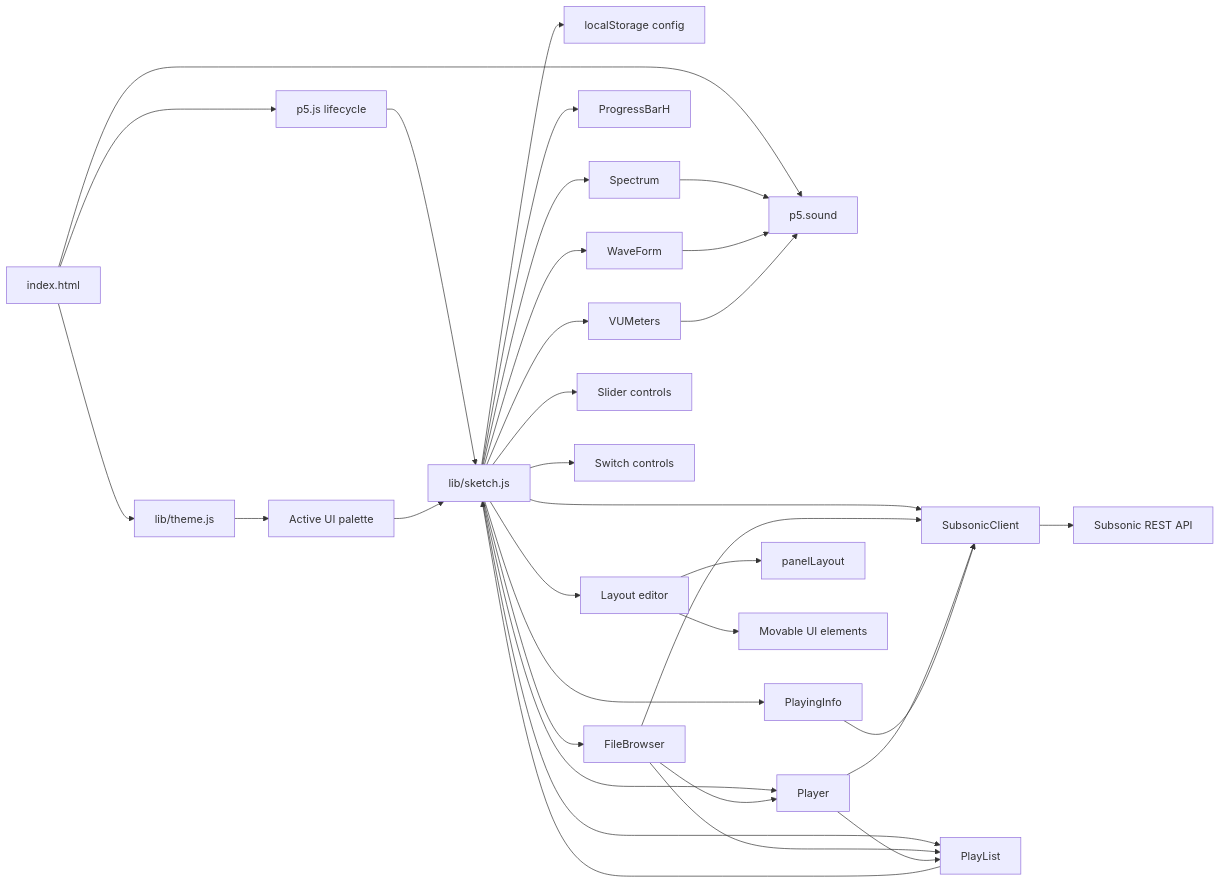
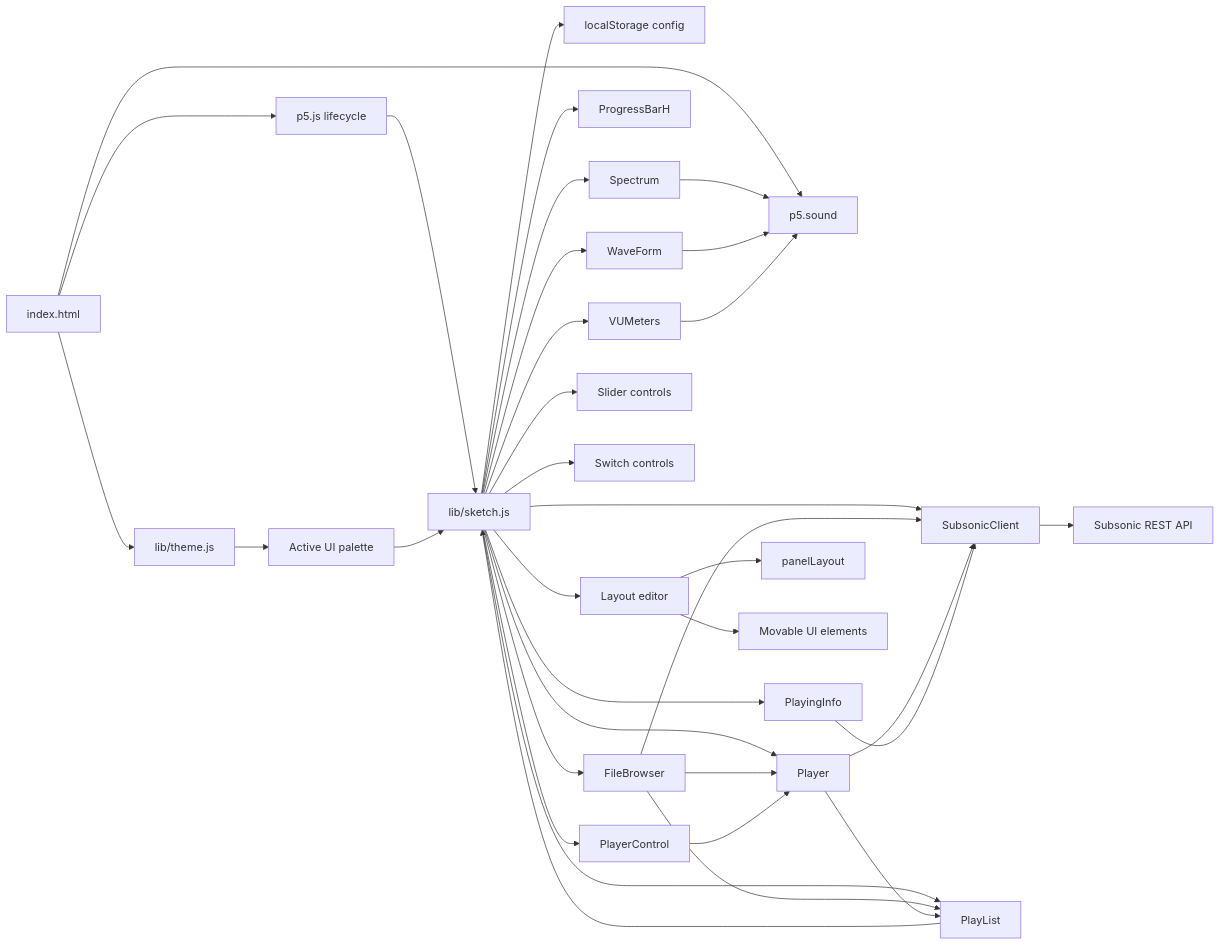
Before and after one commit to Leorivasc/neon_deck: the first of 11 diagrams in doc/diagrams.md, drawn with Mermaid. The commit also changed 5 other files, not shown here.

````diff
--- a/doc/diagrams.md
+++ b/doc/diagrams.md
@@ -7,37 +7,39 @@
 ```mermaid
 flowchart LR
     HTML[index.html] --> P5[p5.js lifecycle]
     HTML --> Sound[p5.sound]
     HTML --> Theme[lib/theme.js]
     P5 --> Sketch[lib/sketch.js]
 
     Theme --> UI[Active UI palette]
     UI --> Sketch
     Sketch --> Config[localStorage config]
     Sketch --> Client[SubsonicClient]
     Sketch --> Browser[FileBrowser]
     Sketch --> Queue[PlayList]
     Sketch --> Info[PlayingInfo]
     Sketch --> Progress[ProgressBarH]
     Sketch --> Spectrum[Spectrum]
     Sketch --> Waveform[WaveForm]
     Sketch --> VUMeters[VUMeters]
     Sketch --> Sliders[Slider controls]
     Sketch --> Switches[Switch controls]
+    Sketch --> PlayerControl[PlayerControl]
     Sketch --> Layout[Layout editor]
     Sketch --> Player[Player]
 
     Client --> Server[Subsonic REST API]
     Browser --> Client
     Browser --> Queue
     Browser --> Player
     Player --> Queue
     Player --> Client
+    PlayerControl --> Player
     Queue --> Sketch
     Info --> Client
     Spectrum --> Sound
     Waveform --> Sound
     VUMeters --> Sound
     Layout --> Panels[panelLayout]
     Layout --> Movables[Movable UI elements]
 ```
````
